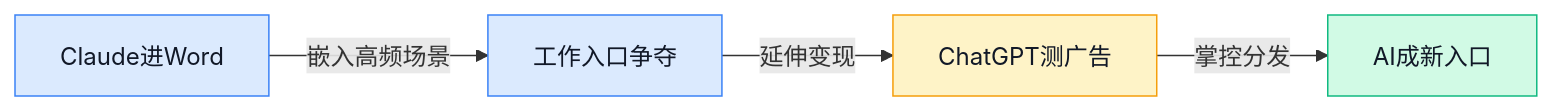
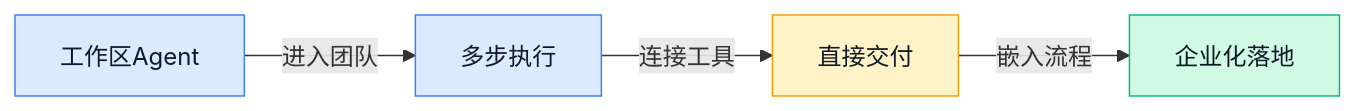
The first of 8 diagrams in content/cn/blog/weekly/2026-W17.md (ylzsdafei/ai-daily-site), drawn with Mermaid before and after one commit. The commit also changed other lines of this file and 1 other file, not shown here.

````diff
--- a/content/cn/blog/weekly/2026-W17.md
+++ b/content/cn/blog/weekly/2026-W17.md
@@ -20,10 +20,12 @@
 ```mermaid
 graph LR
-A[Claude进Word] -->|嵌入高频场景| B[工作入口争夺] -->|延伸变现| C[ChatGPT测广告] -->|掌控分发| D[AI成新入口]
+A[工作区Agent] -->|进入团队| B[多步执行]
+B -->|连接工具| C[直接交付]
+C -->|嵌入流程| D[企业化落地]
 classDef blue fill:#dbeafe,stroke:#3b82f6,color:#111827
 classDef yellow fill:#fef3c7,stroke:#f59e0b,color:#111827
 classDef green fill:#d1fae5,stroke:#10b981,color:#111827
 class A,B blue
 class C yellow
 class D green
 ```
````
